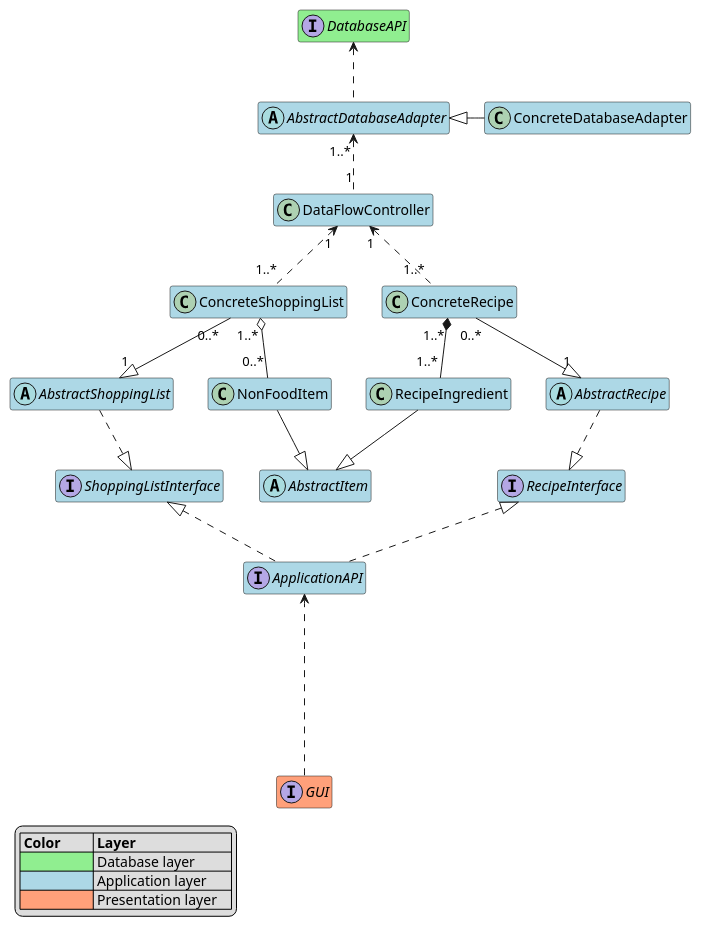
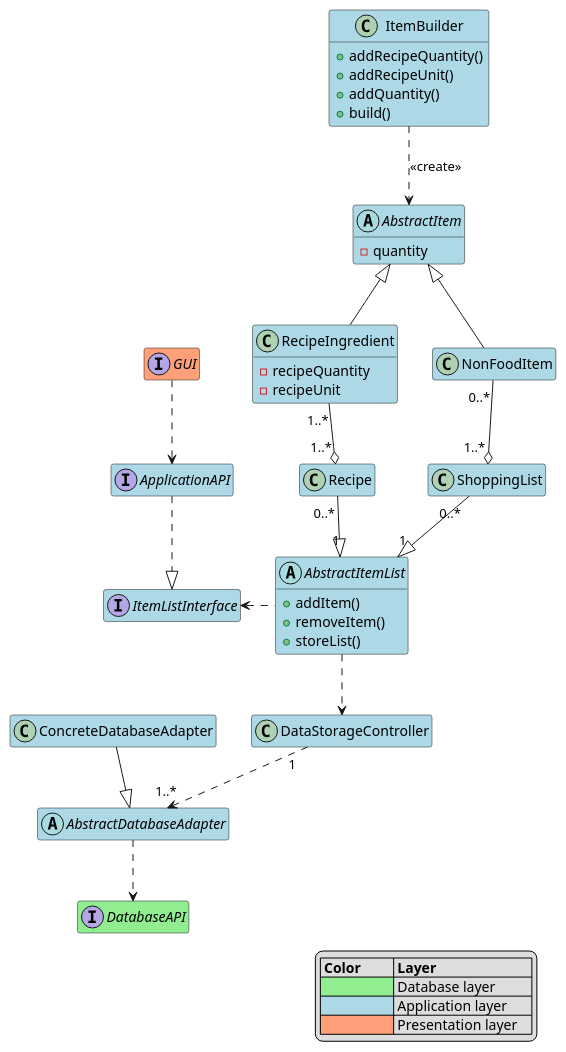
One commit to Uhgtred/Recipe_Shopping_List changed the diagram in Architecture/BlackBoxViewApplication.puml. Above: the diagram before and after it, drawn with PlantUML.

Commit message:
Refactored BlackBoxViewApplication.puml for clarity and consistency
- Renamed `DataFlowController` to `DataStorageController`.
- Replaced `RecipeInterface` and `ShoppingListInterface` with a general `ItemListInterface`.
- Introduced `AbstractItemList` as a base for `Recipe` and `ShoppingList` (formerly `ConcreteRecipe` and `ConcreteShoppingList`).
- `AbstractItemList` now handles item addition, removal, and list storage, interacting with `DataStorageController`.
- Added `ItemBuilder` class for creating `AbstractItem` instances.
- Updated relationships:
    - `GUI` now directly uses `ApplicationAPI`.
    - `AbstractDatabaseAdapter` now directly uses `DatabaseAPI`.
    - `ApplicationAPI` now implements `ItemListInterface`.
    - `Recipe` and `ShoppingList` now extend `AbstractItemList`.
    - `RecipeIngredient` and `NonFoodItem` relationships adjusted to `Recipe` and `ShoppingList` respectively.
- `AbstractItem` now has a `quantity` attribute.
- `RecipeIngredient` now has `recipeQuantity` and `recipeUnit` attributes.
- Moved legend to bottom right.

```diff
--- a/Architecture/BlackBoxViewApplication.puml
+++ b/Architecture/BlackBoxViewApplication.puml
@@ -1,57 +1,69 @@
 @startuml
 hide empty members
 
 
 interface DatabaseAPI #lightgreen
 
 
 interface GUI #lightsalmon
-GUI ..u..> ApplicationAPI
+GUI ..> ApplicationAPI
 
 
-interface RecipeInterface #lightblue
-interface ShoppingListInterface #lightblue
-abstract class AbstractItem #lightblue
+interface ItemListInterface #lightblue
+
+class ItemBuilder #lightblue{
+   + addRecipeQuantity()
+   + addRecipeUnit()
+   + addQuantity()
+   + build()
+}
+ItemBuilder ..> AbstractItem: <<create>>
+
+abstract class AbstractItem #lightblue{
+   - quantity
+}
 
 abstract class AbstractDatabaseAdapter #lightblue
-AbstractDatabaseAdapter .u.> DatabaseAPI
+AbstractDatabaseAdapter ..> DatabaseAPI
 
 class ConcreteDatabaseAdapter #lightblue
-ConcreteDatabaseAdapter -l-|> AbstractDatabaseAdapter
+ConcreteDatabaseAdapter --|> AbstractDatabaseAdapter
 
-class DataFlowController #lightblue
-DataFlowController "1" .u.> "1..*" AbstractDatabaseAdapter
+class DataStorageController #lightblue
+DataStorageController "1" ..> "1..*" AbstractDatabaseAdapter
 
 interface ApplicationAPI #lightblue
-ApplicationAPI .u.|> RecipeInterface
-ApplicationAPI .u.|> ShoppingListInterface
+ApplicationAPI ..|> ItemListInterface
 
-abstract class AbstractRecipe #lightblue
-AbstractRecipe ..|> RecipeInterface
+class ShoppingList #lightblue
+ShoppingList "0..*" --|> "1" AbstractItemList
 
-abstract class AbstractShoppingList #lightblue
-AbstractShoppingList ..|> ShoppingListInterface
+class Recipe #lightblue
+Recipe "0..*" --|> "1" AbstractItemList
 
-class ConcreteShoppingList #lightblue
-ConcreteShoppingList "0..*" --|> "1" AbstractShoppingList
-ConcreteShoppingList "1..*" .u.> "1" DataFlowController
+abstract class AbstractItemList #lightblue{
+   + addItem()
+   + removeItem()
+   + storeList()
+}
+AbstractItemList ..> DataStorageController
+AbstractItemList .l.> ItemListInterface
 
-class ConcreteRecipe #lightblue
-ConcreteRecipe "0..*" --|> "1" AbstractRecipe
-ConcreteRecipe "1..*" .u.> "1" DataFlowController
-
-class RecipeIngredient #lightblue
-RecipeIngredient "1..*" -u-* "1..*" ConcreteRecipe
-RecipeIngredient -d-|> AbstractItem
+class RecipeIngredient #lightblue {
+   - recipeQuantity
+   - recipeUnit
+}
+RecipeIngredient "1..*" --o "1..*" Recipe
+RecipeIngredient -u-|> AbstractItem
 
 class NonFoodItem #lightblue
-NonFoodItem "0..*"-u-o "1..*" ConcreteShoppingList
-NonFoodItem -d-|> AbstractItem
+NonFoodItem "0..*"--o "1..*" ShoppingList
+NonFoodItem -u-|> AbstractItem
 
-legend bottom left
+legend bottom right
 | **Color**         | **Layer**             |
 | <#lightgreen>     | Database layer        |
 | <#lightblue>      | Application layer     |
 | <#lightsalmon>    | Presentation layer    |
 end legend
 @enduml
```
